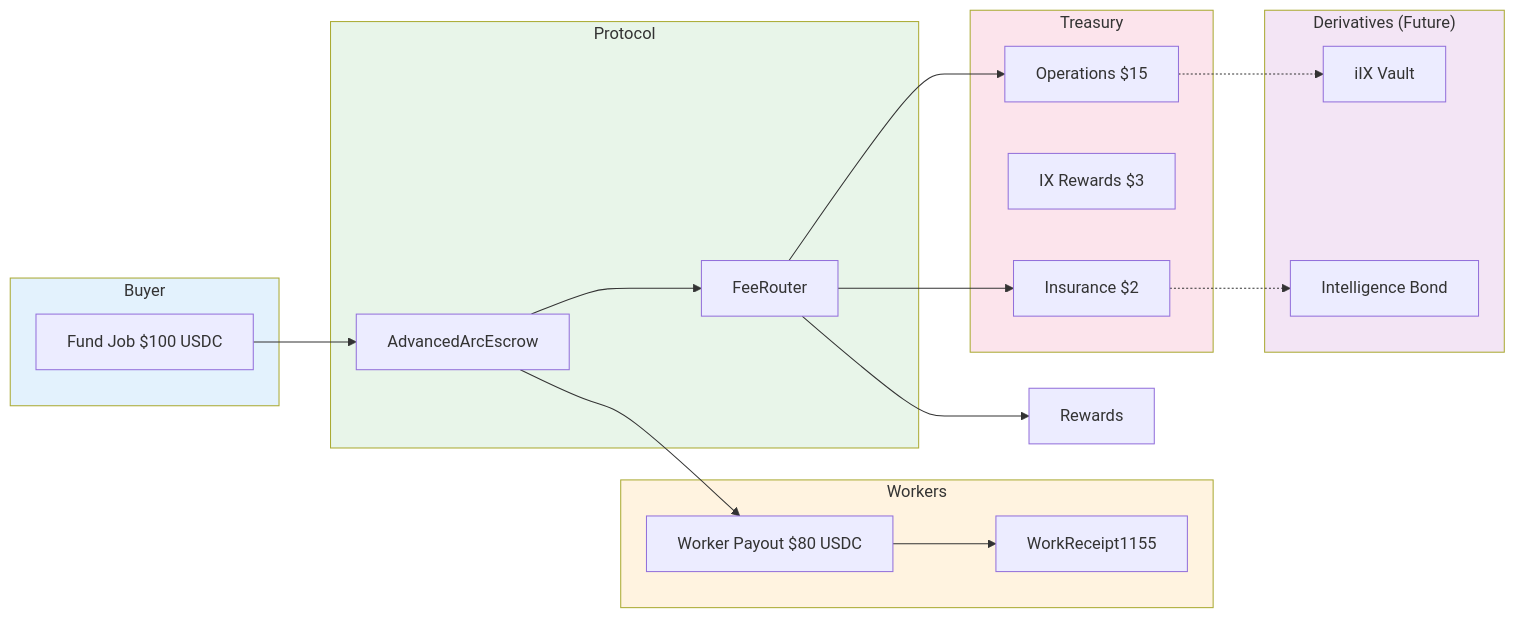
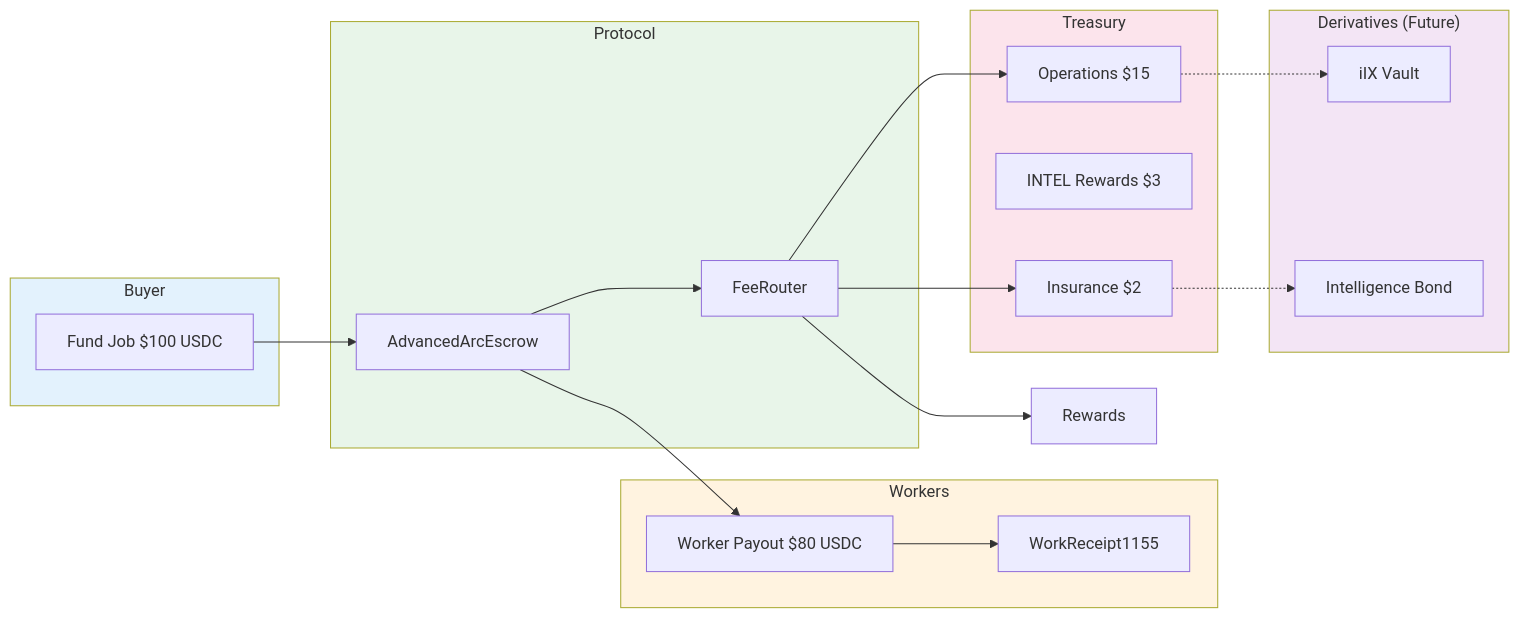
The fourth of 4 diagrams in docs/architecture/intelligence-derivatives-evolution.md (chimera-defi/ethglobal-cannes-2026-intelligence-exchange), drawn with Mermaid before and after one commit. The commit also changed other lines of this file and 7 other files, not shown here.

````diff
--- a/docs/architecture/intelligence-derivatives-evolution.md
+++ b/docs/architecture/intelligence-derivatives-evolution.md
@@ -155,43 +157,43 @@
 ```mermaid
 flowchart LR
     subgraph Buyer["Buyer"]
         Fund["Fund Job $100 USDC"]
     end
 
     subgraph Protocol["Protocol"]
         Escrow["AdvancedArcEscrow"]
         FeeRouter["FeeRouter"]
     end
 
     subgraph Workers["Workers"]
         Payout["Worker Payout $80 USDC"]
         WR["WorkReceipt1155"]
     end
 
     subgraph Treasury["Treasury"]
         Ops["Operations $15"]
-        Rew["IX Rewards $3"]
+        Rew["INTEL Rewards $3"]
         Insurance["Insurance $2"]
     end
 
     subgraph Derivatives["Derivatives (Future)"]
         Vault["iIX Vault"]
         Bond["Intelligence Bond"]
     end
 
     Fund --> Escrow --> Payout
     Escrow --> FeeRouter
     FeeRouter --> Ops
     FeeRouter --> Rewards
     FeeRouter --> Insurance
     Payout --> WR
     
     Ops -.-> Vault
     Insurance -.-> Bond
 
     style Buyer fill:#e3f2fd
     style Protocol fill:#e8f5e9
     style Workers fill:#fff3e0
     style Treasury fill:#fce4ec
     style Derivatives fill:#f3e5f5
 ```
````
